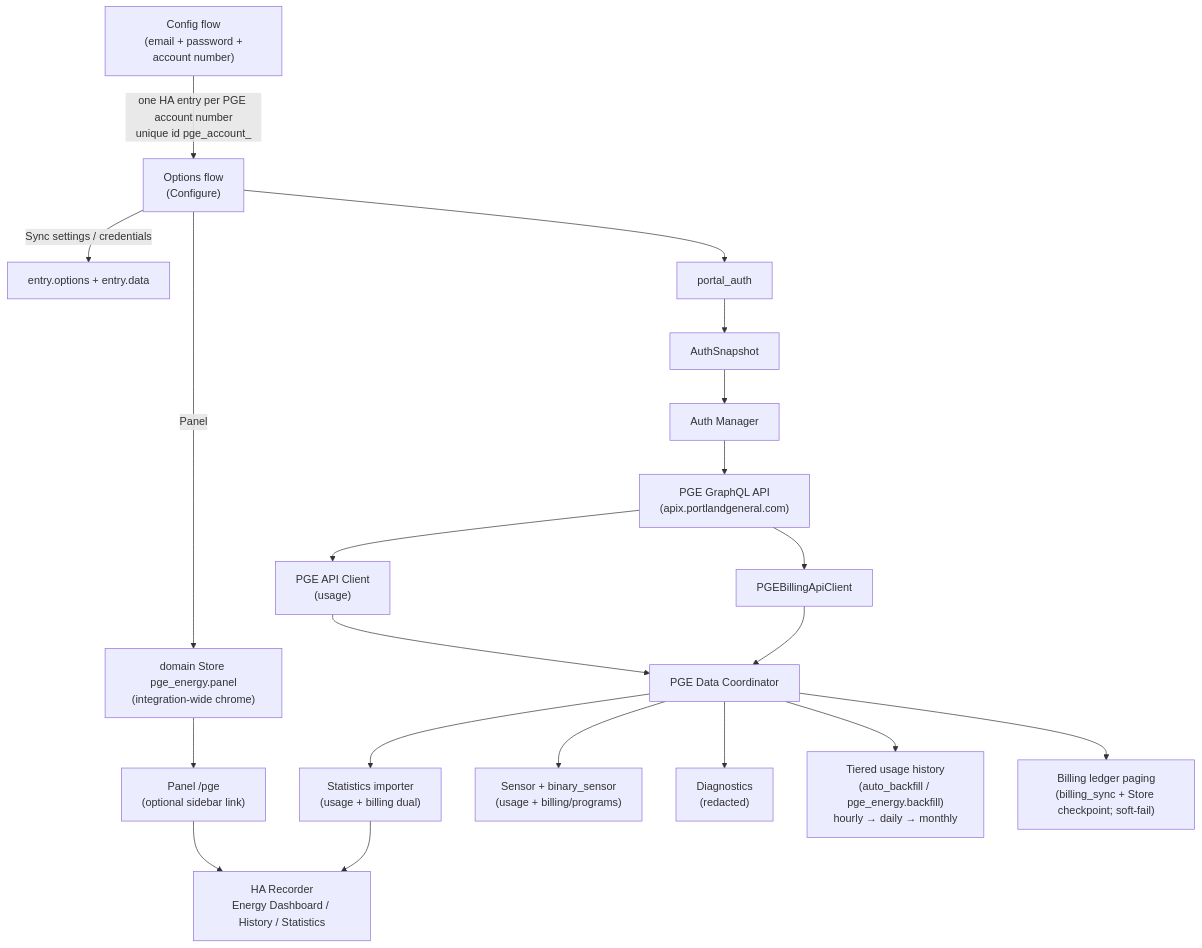
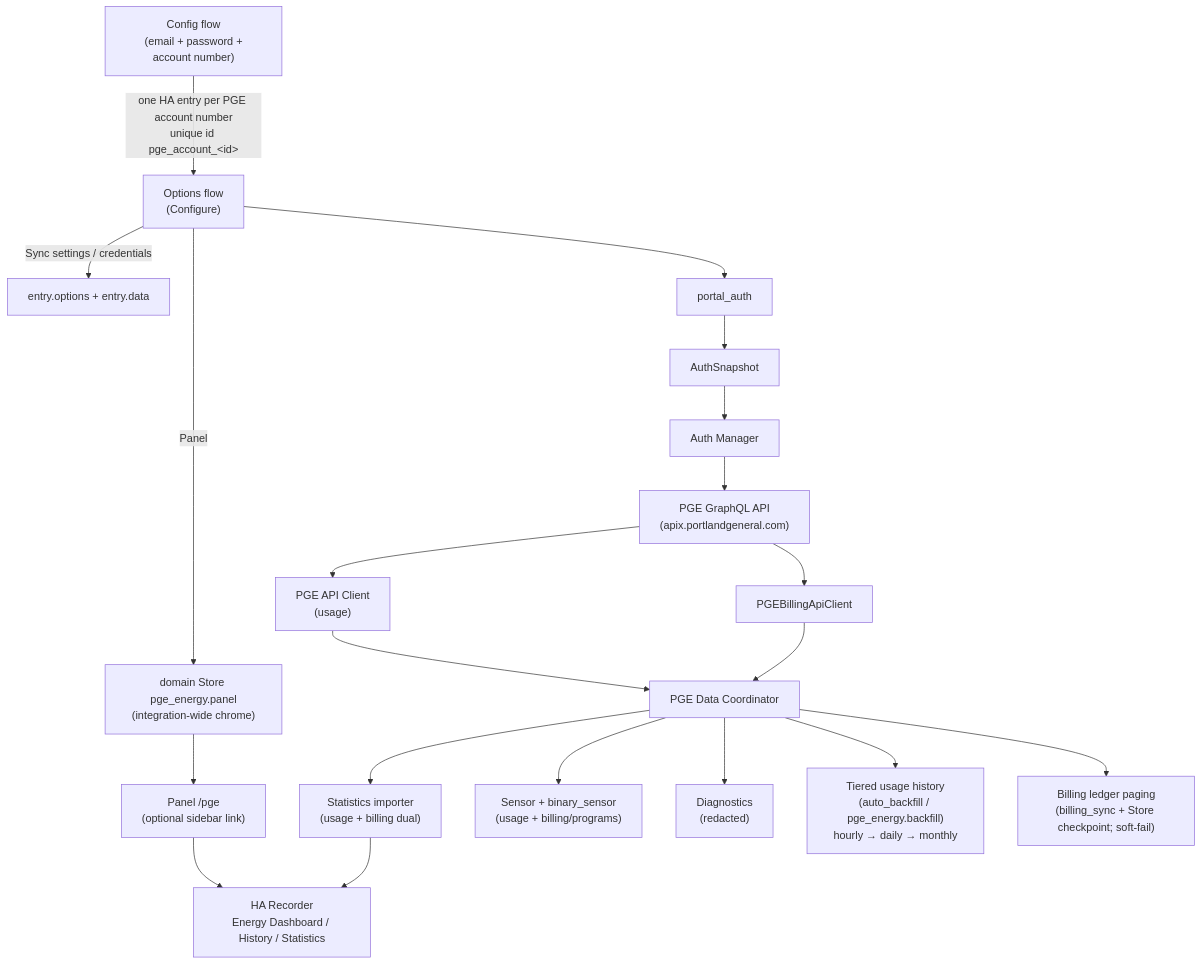
One commit to spencerthayer/homeassistant-pge changed the diagram in docs/ARCHITECTURE.md. Above: the diagram before and after it, drawn with Mermaid. The commit also changed other lines of this file and 9 other files, not shown here.

````diff
--- a/docs/ARCHITECTURE.md
+++ b/docs/ARCHITECTURE.md
@@ -5,31 +5,31 @@
 ```mermaid
 flowchart TD
   A1["Config flow<br/> (email + password + account number)"]
   A2["Options flow<br/> (Configure)"]
-  A1 -->|"one HA entry per PGE account number<br/>unique id pge_account_<id>"| A2
+  A1 -->|"one HA entry per PGE account number<br/>unique id pge_account_#lt;id#gt;"| A2
 
   A2 -->|"Sync settings / credentials"| EntryOptions["entry.options + entry.data"]
   A2 -->|"Panel"| PanelStore["domain Store pge_energy.panel<br/>(integration-wide chrome)"]
   A2 --> PortalAuth[portal_auth]
 
   PortalAuth --> AuthSnapshot[AuthSnapshot]
   AuthSnapshot --> AuthManager[Auth Manager]
   AuthManager --> PGEAPI["PGE GraphQL API<br/>(apix.portlandgeneral.com)"]
 
   PGEAPI --> PGEUsage["PGE API Client<br/>(usage)"]
   PGEAPI --> PGEBilling[PGEBillingApiClient]
 
   PGEUsage --> Coordinator["PGE Data Coordinator"]
   PGEBilling --> Coordinator
 
   Coordinator --> StatsImporter["Statistics importer<br/>(usage + billing dual)"]
   Coordinator --> Sensors["Sensor + binary_sensor<br/>(usage + billing/programs)"]
   Coordinator --> Diagnostics["Diagnostics<br/>(redacted)"]
 
   StatsImporter --> Recorder["HA Recorder<br/>Energy Dashboard / History / Statistics"]
   PanelStore --> Panel["Panel /pge<br/>(optional sidebar link)"]
   Panel --> Recorder
 
   Coordinator --> Note["Tiered usage history<br/>(auto_backfill / pge_energy.backfill)<br/>hourly → daily → monthly"]
   Coordinator --> BillingNote["Billing ledger paging<br/>(billing_sync + Store checkpoint; soft-fail)"]
 ```
````
